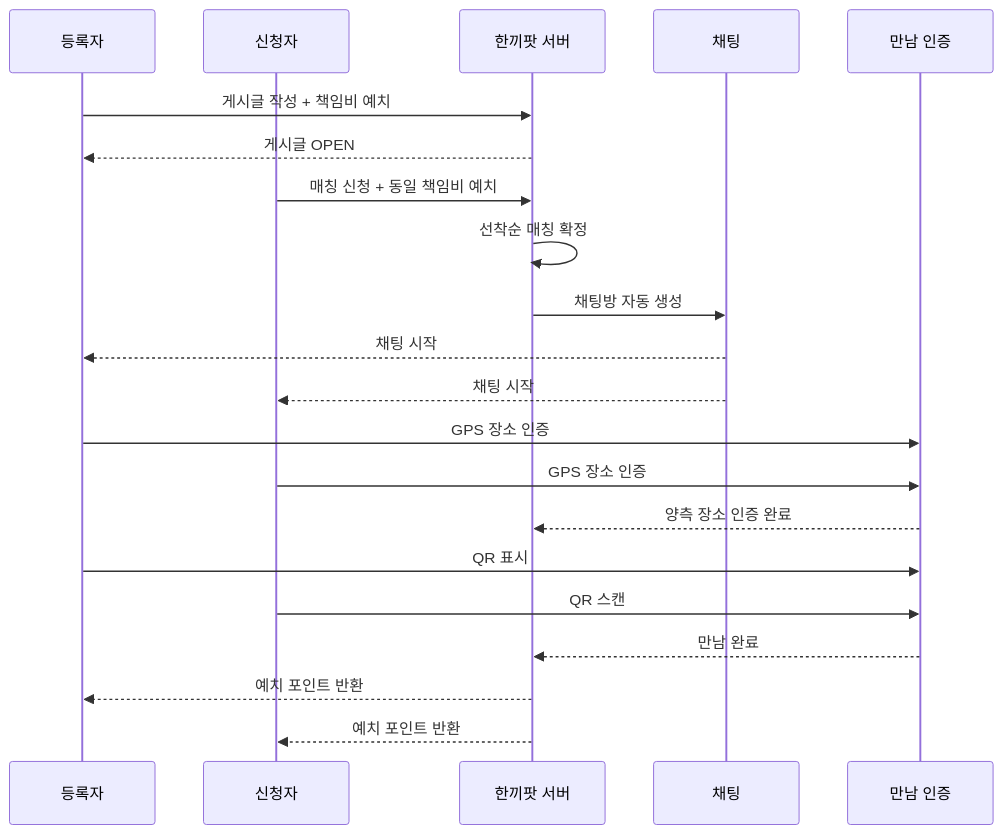
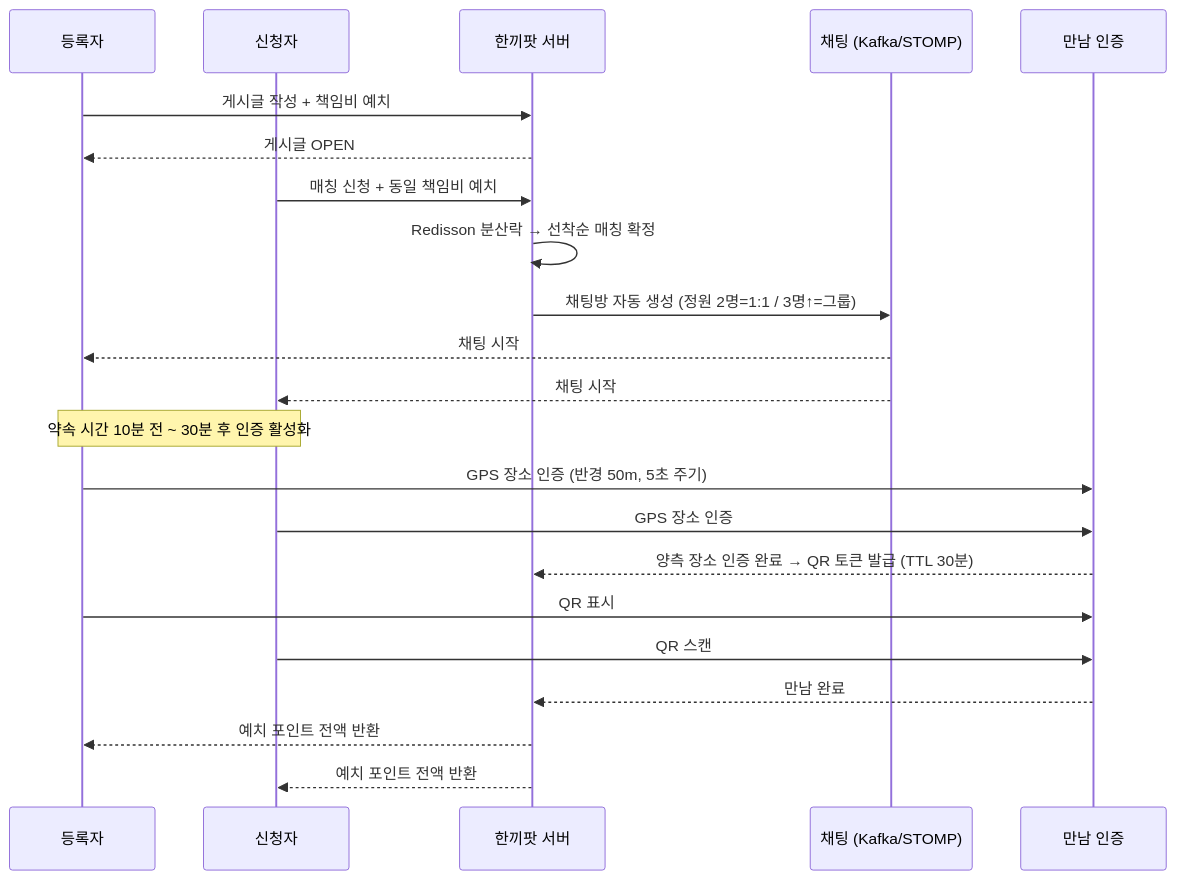
Before and after one commit to Team3-Final-Project-SNS/Final-project: the second of 4 diagrams in README.md, drawn with Mermaid. The commit also changed other lines of this file, not shown here.

````diff
--- a/README.md
+++ b/README.md
@@ -161,24 +161,25 @@
 ```mermaid
 sequenceDiagram
     participant UserA as 등록자
     participant UserB as 신청자
     participant Server as 한끼팟 서버
-    participant Chat as 채팅
+    participant Chat as 채팅 (Kafka/STOMP)
     participant Verify as 만남 인증
 
     UserA->>Server: 게시글 작성 + 책임비 예치
     Server-->>UserA: 게시글 OPEN
     UserB->>Server: 매칭 신청 + 동일 책임비 예치
-    Server->>Server: 선착순 매칭 확정
-    Server->>Chat: 채팅방 자동 생성
+    Server->>Server: Redisson 분산락 → 선착순 매칭 확정
+    Server->>Chat: 채팅방 자동 생성 (정원 2명=1:1 / 3명↑=그룹)
     Chat-->>UserA: 채팅 시작
     Chat-->>UserB: 채팅 시작
-    UserA->>Verify: GPS 장소 인증
+    Note over UserA,UserB: 약속 시간 10분 전 ~ 30분 후 인증 활성화
+    UserA->>Verify: GPS 장소 인증 (반경 50m, 5초 주기)
     UserB->>Verify: GPS 장소 인증
-    Verify-->>Server: 양측 장소 인증 완료
+    Verify-->>Server: 양측 장소 인증 완료 → QR 토큰 발급 (TTL 30분)
     UserA->>Verify: QR 표시
     UserB->>Verify: QR 스캔
     Verify-->>Server: 만남 완료
-    Server-->>UserA: 예치 포인트 반환
-    Server-->>UserB: 예치 포인트 반환
+    Server-->>UserA: 예치 포인트 전액 반환
+    Server-->>UserB: 예치 포인트 전액 반환
 ```
````
